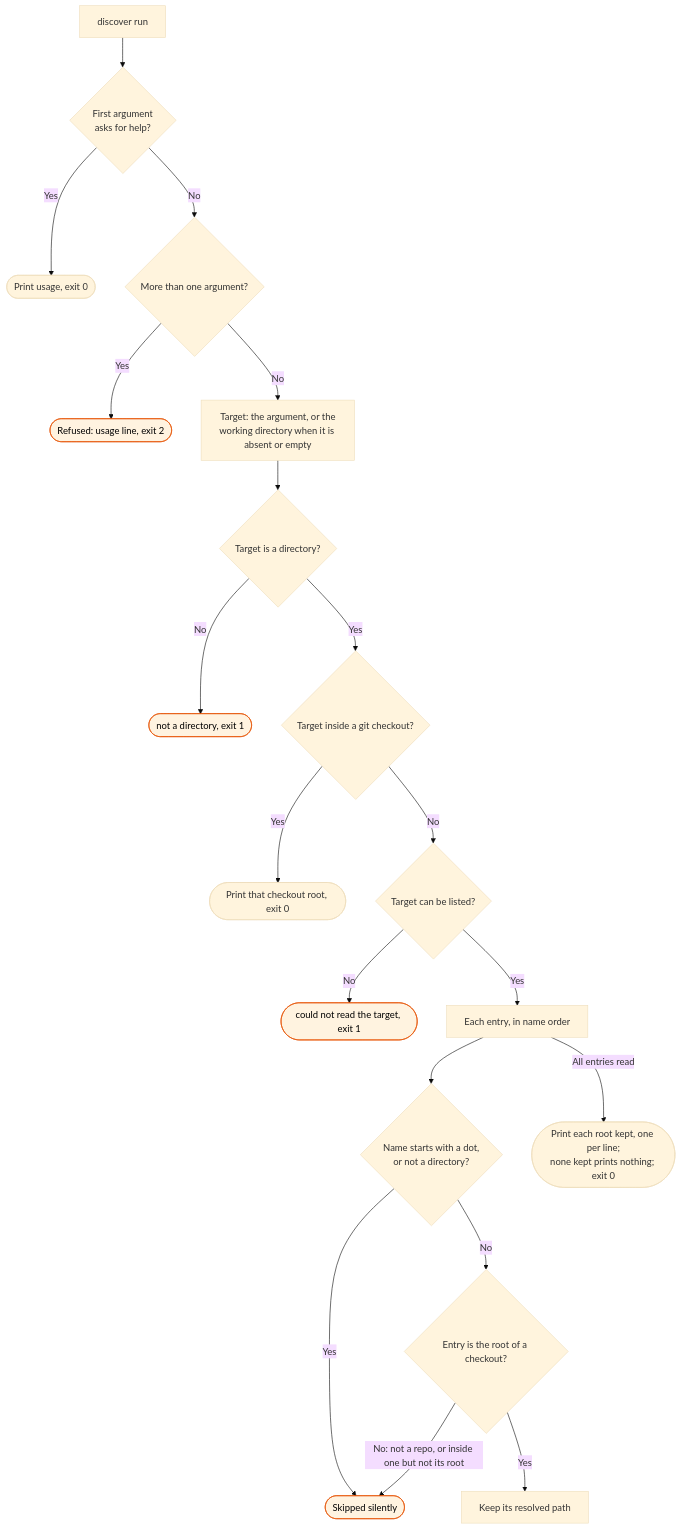
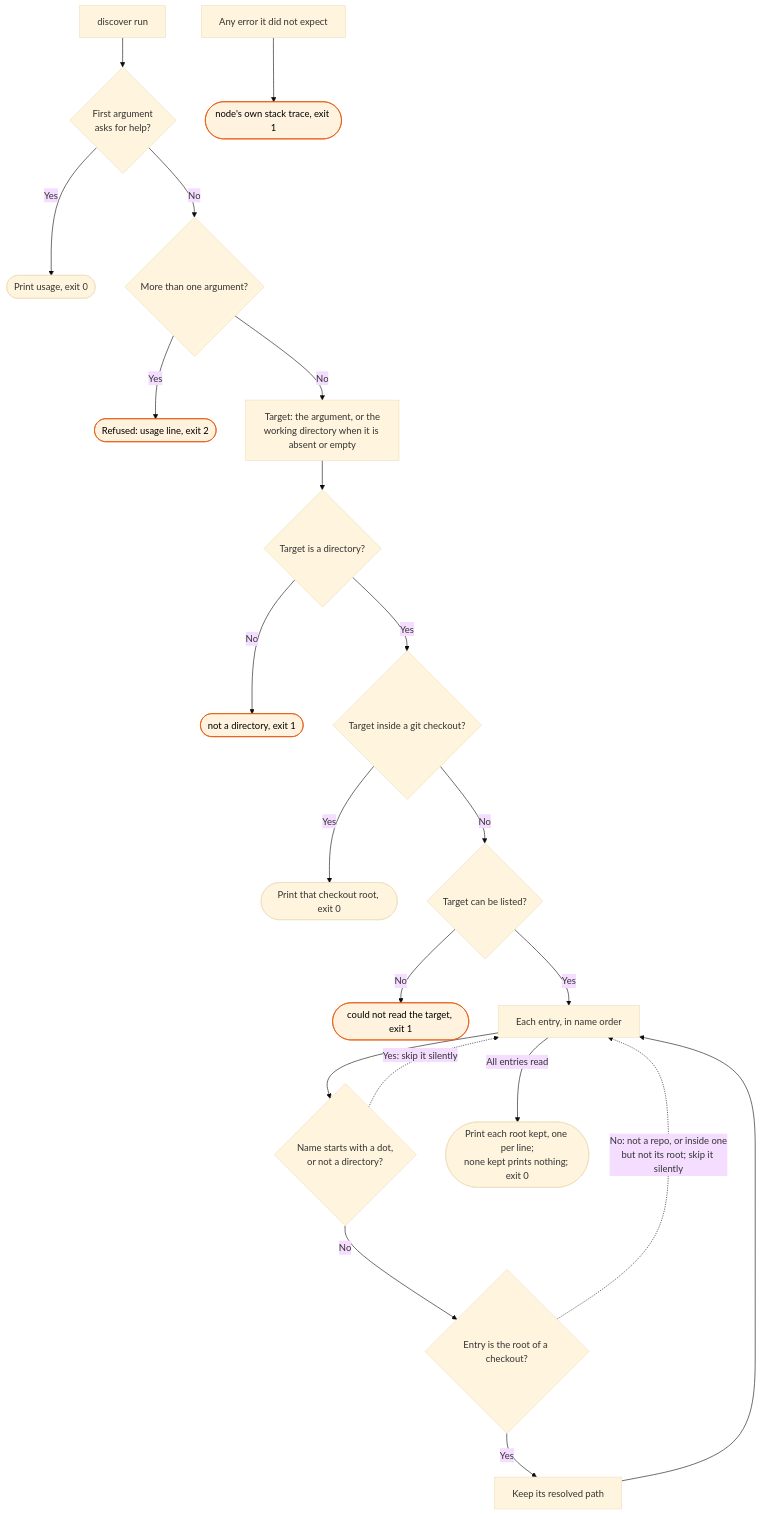
Before and after one commit to bje-settings/claude: the diagram in docs/flows/gh/shepherd/discover-flow.md, drawn with Mermaid (base theme). The commit also changed other lines of this file and 6 other files, not shown here.

Commit message:
docs(flows): draw each outcome the code has, and a failed settle read

````diff
--- a/docs/flows/gh/shepherd/discover-flow.md
+++ b/docs/flows/gh/shepherd/discover-flow.md
@@ -15,23 +15,25 @@
 ```mermaid
 flowchart TD
     A[discover run] --> B{First argument<br/>asks for help?}
     B -->|Yes| H([Print usage, exit 0])
     B -->|No| C{More than one argument?}
     C -->|Yes| Z1([Refused: usage line, exit 2]):::stop
     C -->|No| D[Target: the argument, or the<br/>working directory when it is absent or empty]
     D --> E{Target is a directory?}
     E -->|No| Z2([not a directory, exit 1]):::stop
     E -->|Yes| F{Target inside a git checkout?}
     F -->|Yes| G([Print that checkout root, exit 0])
     F -->|No| I{Target can be listed?}
     I -->|No| Z3([could not read the target, exit 1]):::stop
     I -->|Yes| J[Each entry, in name order]
     J --> K{Name starts with a dot,<br/>or not a directory?}
-    K -->|Yes| S([Skipped silently]):::stop
+    K -.->|Yes: skip it silently| J
     K -->|No| L{Entry is the root of a checkout?}
-    L -->|No: not a repo, or inside one but not its root| S
+    L -.->|No: not a repo, or inside one<br/>but not its root; skip it silently| J
     L -->|Yes| M[Keep its resolved path]
+    M --> J
     J -->|All entries read| N([Print each root kept, one per line;<br/>none kept prints nothing; exit 0])
+    X[Any error it did not expect] --> Z4([node's own stack trace, exit 1]):::stop
 
     classDef stop fill:#fff3e0,stroke:#e65100,color:#000
 ```
````
